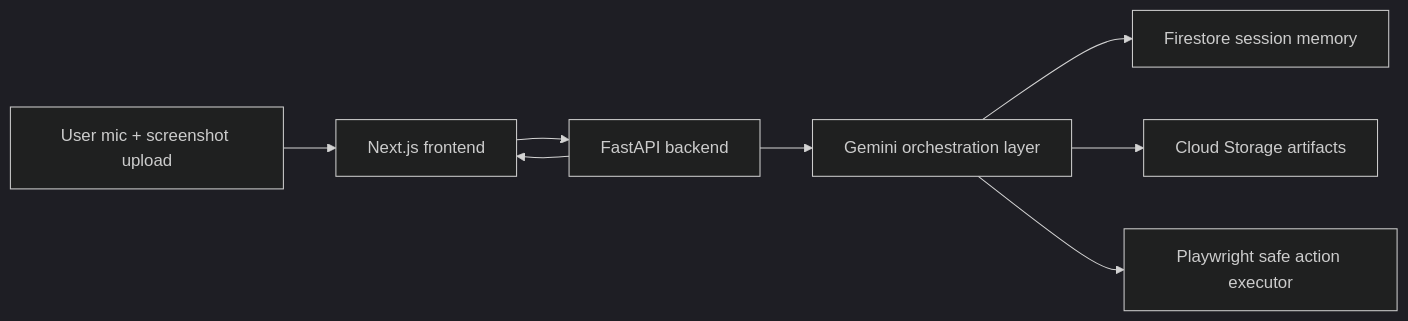
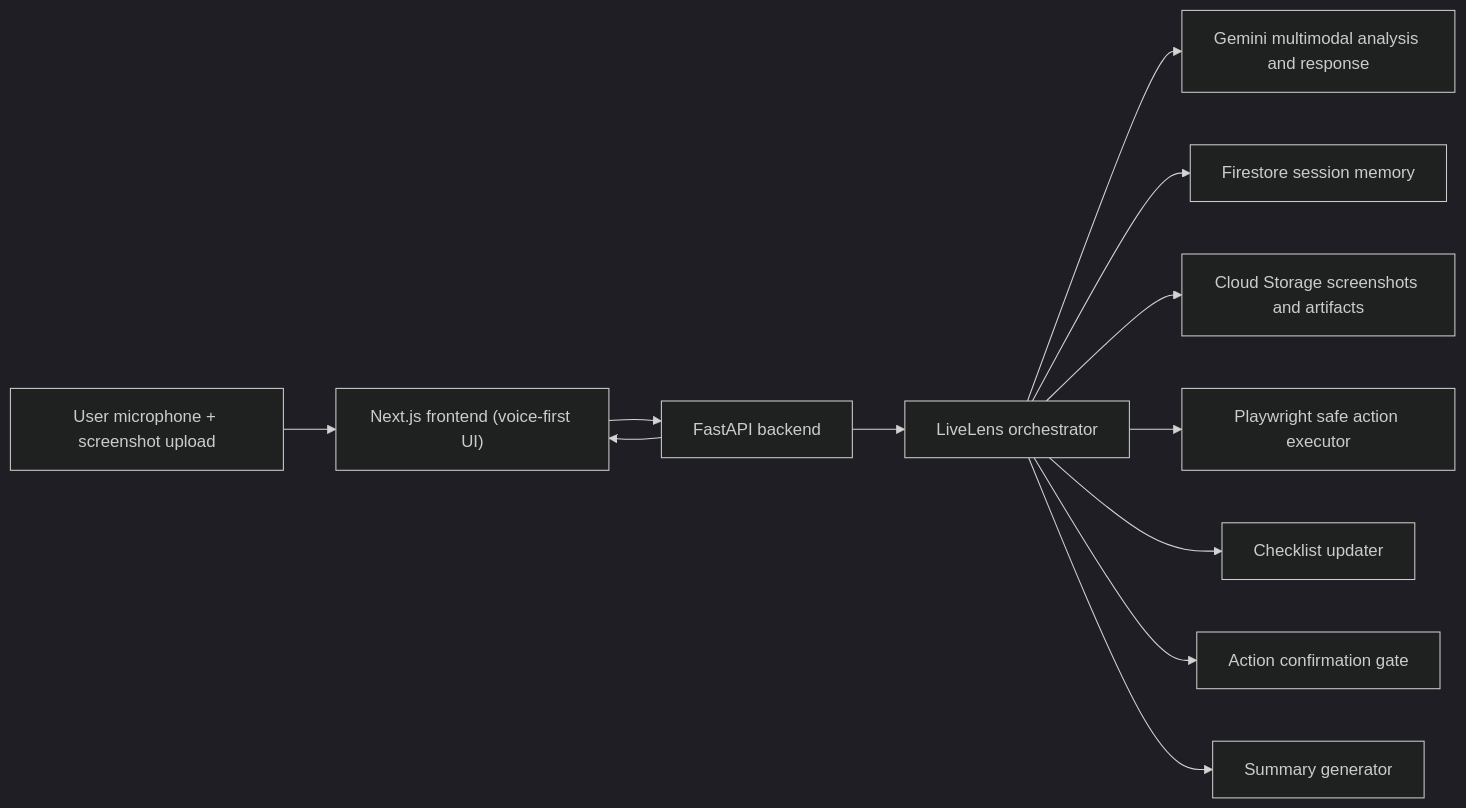
The diagram in livelens/README.md (Amsan5941/Gemini-Live-Agent-Challenge), drawn with Mermaid (dark theme) before and after one commit. The commit also changed other lines of this file and 14 other files, not shown here.

````diff
--- a/livelens/README.md
+++ b/livelens/README.md
@@ -52,10 +45,14 @@
 ```mermaid
 flowchart LR
-    A["User mic + screenshot upload"] --> B["Next.js frontend"]
+    A["User microphone + screenshot upload"] --> B["Next.js frontend (voice-first UI)"]
     B --> C["FastAPI backend"]
-    C --> D["Gemini orchestration layer"]
-    D --> E["Firestore session memory"]
-    D --> F["Cloud Storage artifacts"]
-    D --> G["Playwright safe action executor"]
+    C --> D["LiveLens orchestrator"]
+    D --> E["Gemini multimodal analysis and response"]
+    D --> F["Firestore session memory"]
+    D --> G["Cloud Storage screenshots and artifacts"]
+    D --> H["Playwright safe action executor"]
+    D --> I["Checklist updater"]
+    D --> J["Action confirmation gate"]
+    D --> K["Summary generator"]
     C --> B
 ```
````
